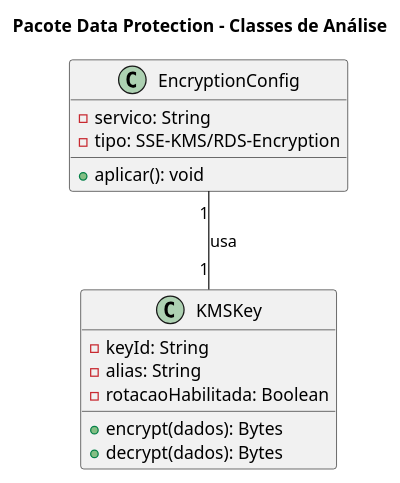
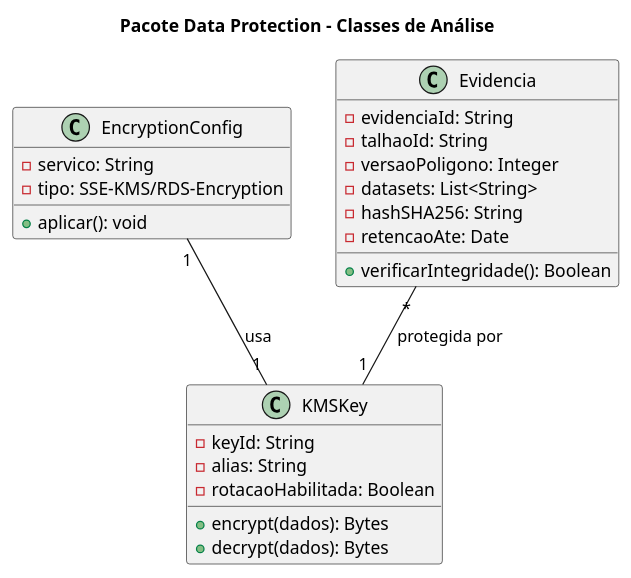
Before and after one commit to Projetos-de-Extensao/PC_ADS_26.2_8001_II: the fourth of 6 diagrams in docs/Elaboracao/modelo_analise_seguranca.md, drawn with PlantUML. The commit also changed other lines of this file and 8 other files, not shown here.

````diff
--- a/docs/Elaboracao/modelo_analise_seguranca.md
+++ b/docs/Elaboracao/modelo_analise_seguranca.md
@@ -344,21 +355,32 @@
 ```plantuml
 @startuml DataProtection_Classes
 title Pacote Data Protection - Classes de Análise
 
 class KMSKey {
   -keyId: String
   -alias: String
   -rotacaoHabilitada: Boolean
   +encrypt(dados): Bytes
   +decrypt(dados): Bytes
 }
 
 class EncryptionConfig {
   -servico: String
   -tipo: SSE-KMS/RDS-Encryption
   +aplicar(): void
 }
 
+class Evidencia {
+  -evidenciaId: String
+  -talhaoId: String
+  -versaoPoligono: Integer
+  -datasets: List<String>
+  -hashSHA256: String
+  -retencaoAte: Date
+  +verificarIntegridade(): Boolean
+}
+
 EncryptionConfig "1" -- "1" KMSKey : usa
+Evidencia "*" -- "1" KMSKey : protegida por
 @enduml
 ```
````
